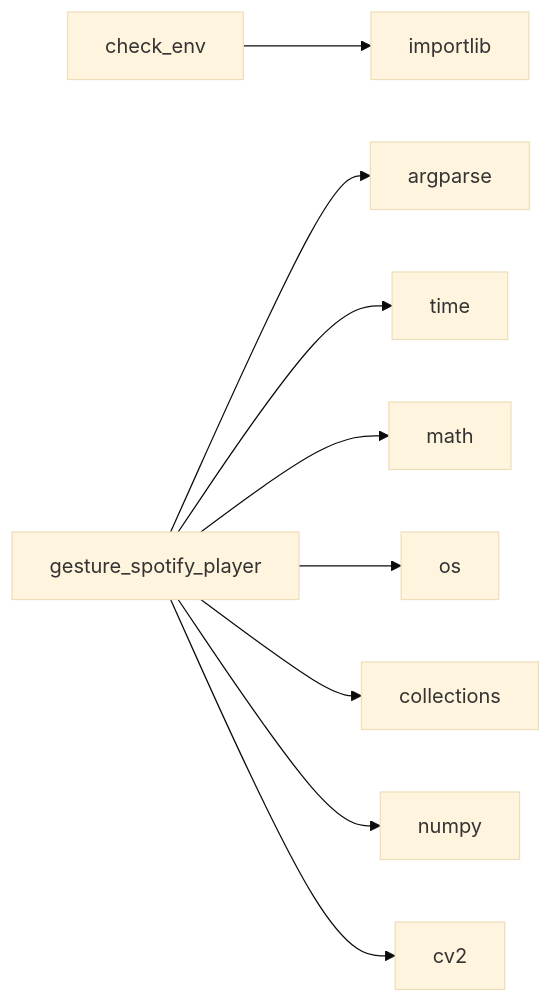
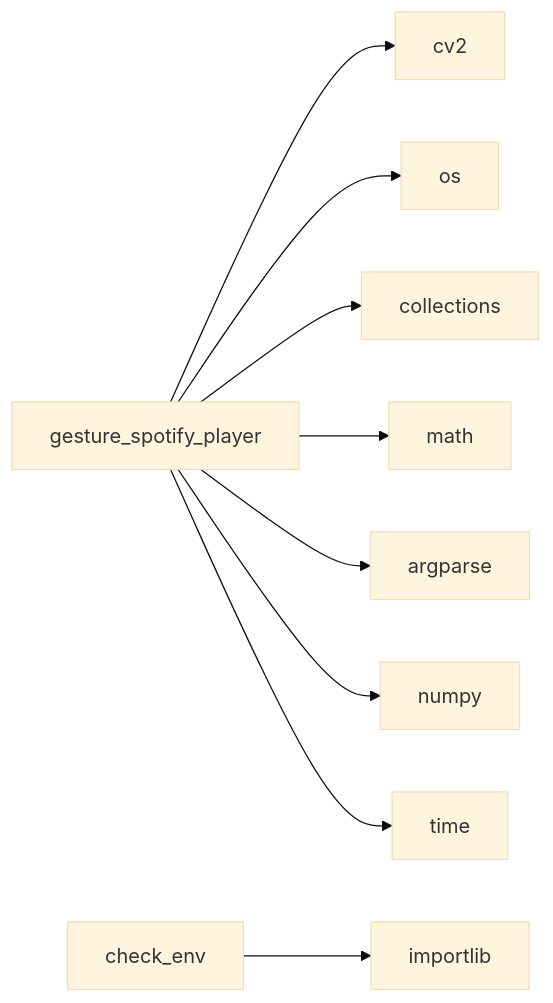
The diagram in .github/docs/dependencies.md (NITISH-R-G/PalmPlay1), drawn with Mermaid (base theme) before and after one commit. The commit also changed other lines of this file and 3 other files, not shown here.

Commit message:
docs: update repository documentation and diagrams [skip ci]

````diff
--- a/.github/docs/dependencies.md
+++ b/.github/docs/dependencies.md
@@ -3,15 +3,15 @@
 ```mermaid
 graph LR
+    gesture_spotify_player[gesture_spotify_player]
+    gesture_spotify_player --> cv2[cv2]
+    gesture_spotify_player --> os[os]
+    gesture_spotify_player --> collections[collections]
+    gesture_spotify_player --> math[math]
+    gesture_spotify_player --> argparse[argparse]
+    gesture_spotify_player --> numpy[numpy]
+    gesture_spotify_player --> time[time]
     check_env[check_env]
     check_env --> importlib[importlib]
-    gesture_spotify_player[gesture_spotify_player]
-    gesture_spotify_player --> argparse[argparse]
-    gesture_spotify_player --> time[time]
-    gesture_spotify_player --> math[math]
-    gesture_spotify_player --> os[os]
-    gesture_spotify_player --> collections[collections]
-    gesture_spotify_player --> numpy[numpy]
-    gesture_spotify_player --> cv2[cv2]
+    click gesture_spotify_player href "https://github.com/NITISH-R-G/PalmPlay1/blob/main/gesture_spotify_player.py" "View source code"
     click check_env href "https://github.com/NITISH-R-G/PalmPlay1/blob/main/check_env.py" "View source code"
-    click gesture_spotify_player href "https://github.com/NITISH-R-G/PalmPlay1/blob/main/gesture_spotify_player.py" "View source code"
 ```
````
